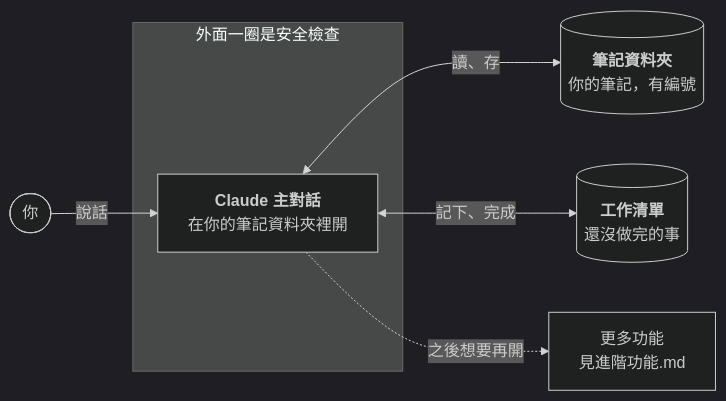
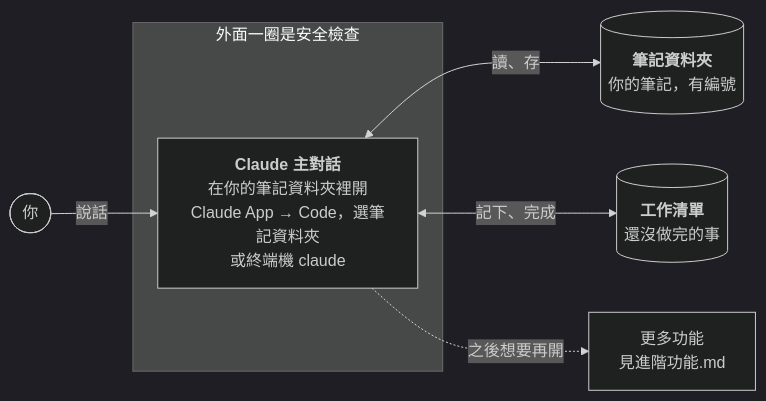
Before and after one commit to 0Smallcat0/second-brain-kit: the diagram in README.zh-TW.md, drawn with Mermaid (dark theme). The commit also changed other lines of this file and 10 other files, not shown here.

````diff
--- a/README.zh-TW.md
+++ b/README.zh-TW.md
@@ -50,10 +55,10 @@
 ```mermaid
 flowchart LR
   You(["你"]) -->|說話| Main
   subgraph Checks["外面一圈是安全檢查"]
-    Main["<b>Claude 主對話</b><br/>在你的筆記資料夾裡開"]
+    Main["<b>Claude 主對話</b><br/>在你的筆記資料夾裡開<br/>Claude App → Code，選筆記資料夾<br/>或終端機 claude"]
   end
   Main <-->|讀、存| Notes[("<b>筆記資料夾</b><br/>你的筆記，有編號")]
   Main <-->|記下、完成| Work[("<b>工作清單</b><br/>還沒做完的事")]
   Main -.->|之後想要再開| Adv["更多功能<br/>見進階功能.md"]
 ```
````
